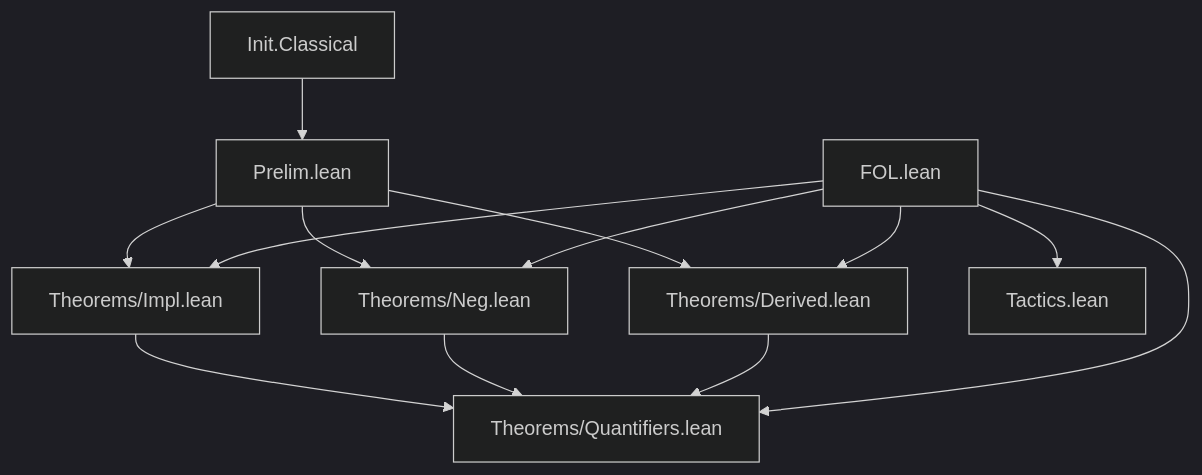
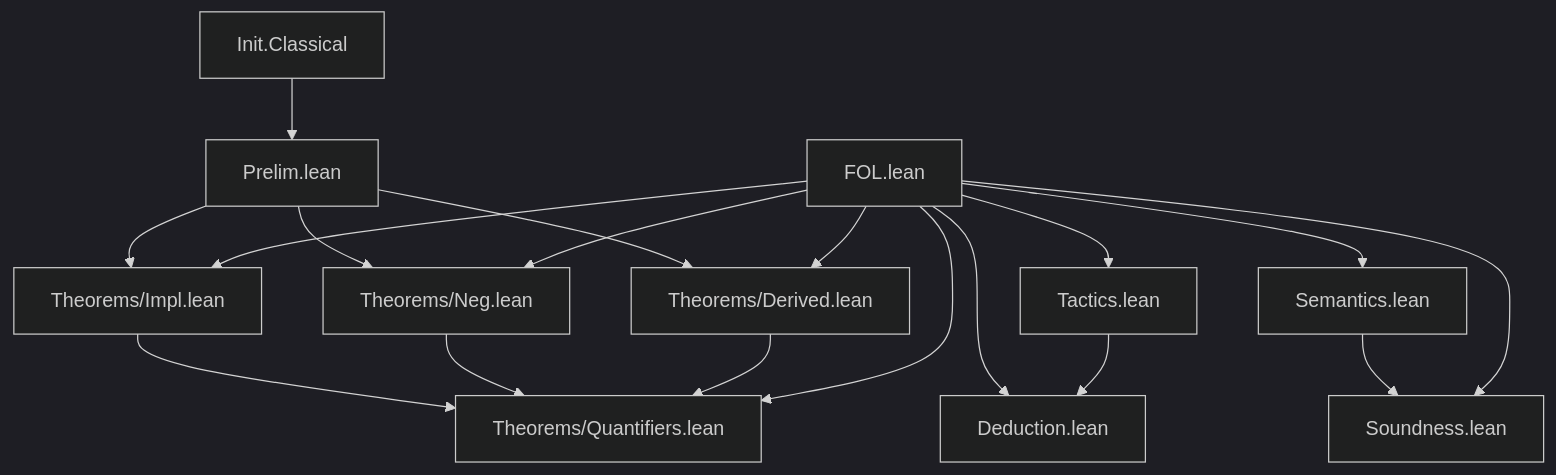
The diagram in REFERENCE.md (julian1c2a/FOL), drawn with Mermaid (dark theme) before and after one commit. The commit also changed other lines of this file and 7 other files, not shown here.

````diff
--- a/REFERENCE.md
+++ b/REFERENCE.md
@@ -105,15 +108,20 @@
 ```mermaid
 graph TD
     IC[Init.Classical] --> P[Prelim.lean]
     P --> I[Theorems/Impl.lean]
     F[FOL.lean] --> I
     P --> N[Theorems/Neg.lean]
     F --> N
     P --> D[Theorems/Derived.lean]
     F --> D
     I --> Q[Theorems/Quantifiers.lean]
     N --> Q
     D --> Q
     F --> Q
     F --> T[Tactics.lean]
+    F --> Ded[Deduction.lean]
+    T --> Ded
+    F --> Sem[Semantics.lean]
+    Sem --> S[Soundness.lean]
+    F --> S
 ```
````
